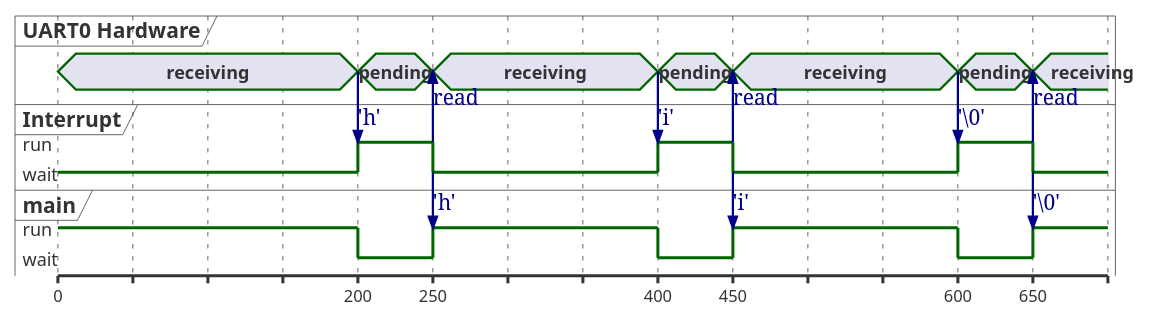
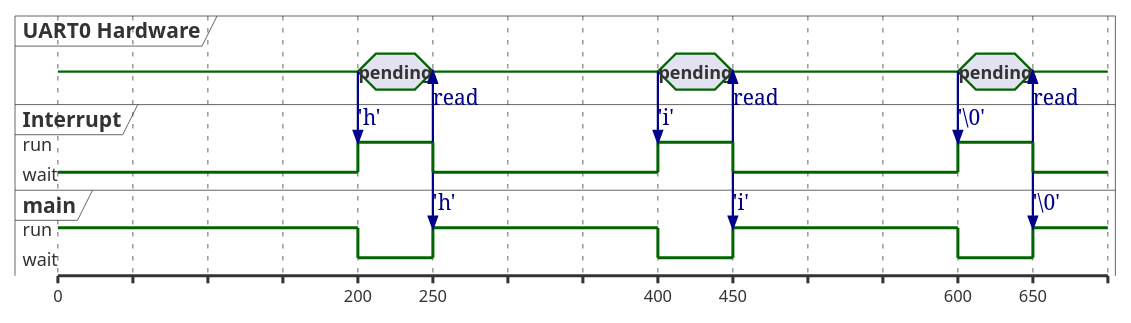
The first of 5 diagrams in README.md (cfogelklou/os-concepts-for-dummies), drawn with PlantUML before and after one commit. The commit also changed other lines of this file and 5 other files, not shown here.

````diff
--- a/README.md
+++ b/README.md
@@ -103,46 +107,46 @@
 ```plantuml
 @startuml
 concise "UART0 Hardware" as uart
 robust "Interrupt" as int
 robust "main" as main
 int has run,wait
 main has run,wait
 @0
-uart is receiving
+uart is {-}
 int is wait
 main is run
 @200
 uart is pending
 uart->int:'h'
 int is run
 main is wait
 @250
-uart is receiving
+uart is {-}
 int->uart:read
 int->main:'h'
 int is wait
 main is run
 @400
 uart is pending
 uart->int:'i'
 int is run
 main is wait
 @450
-uart is receiving
+uart is {-}
 int->uart:read
 int->main:'i'
 int is wait
 main is run
 @600
 uart is pending
 uart->int:'\0'
 int is run
 main is wait
 @650
-uart is receiving
+uart is {-}
 int->uart:read
 int->main:'\0'
 int is wait
 main is run
 @enduml
 ```
````
